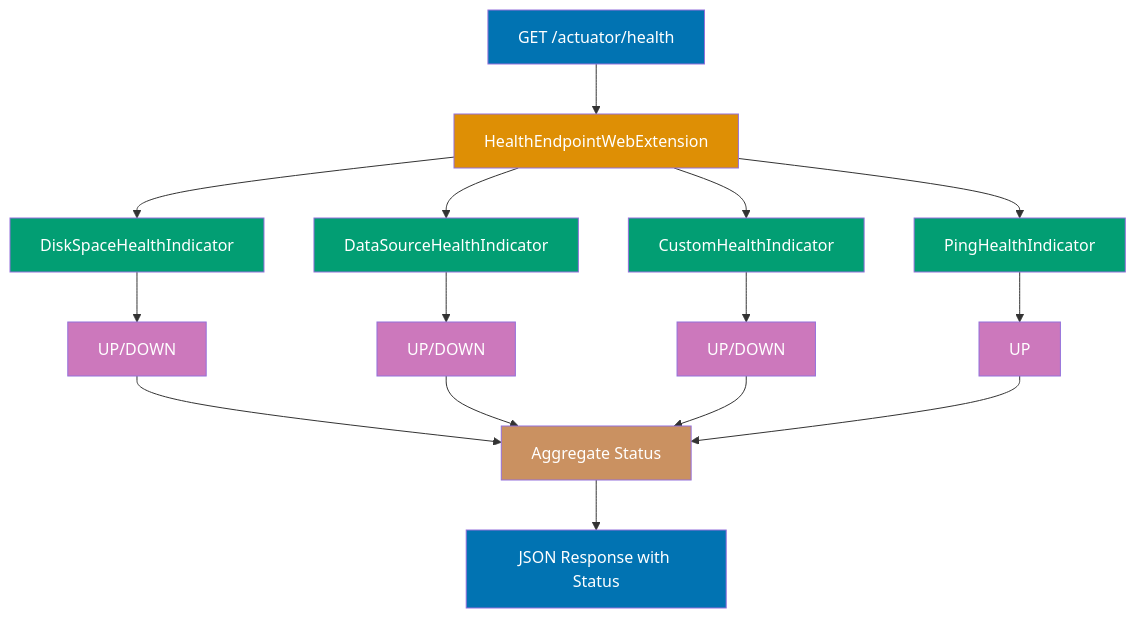
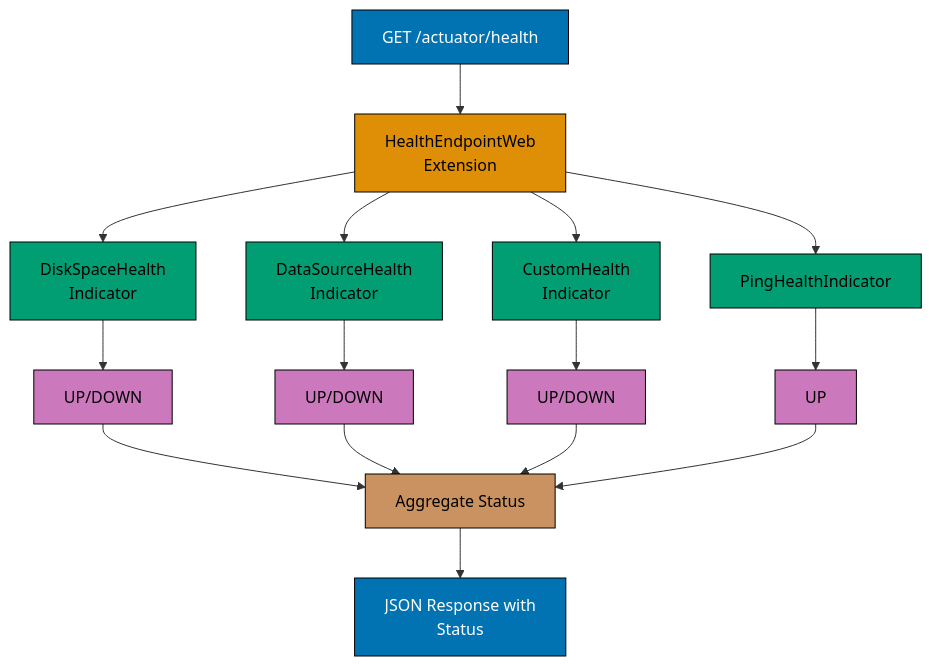
The third of 13 diagrams in apps/ayokoding-www/content/en/learn/legacy/software-engineering/platforms/web/tools/jvm-spring-boot/by-example/advanced.md (wahidyankf/ose-public), drawn with Mermaid before and after one commit. The commit also changed other lines of this file and 130 other files, not shown here.

First line of the commit message:
fix(mermaid): bring the legacy platforms diagrams onto the accessible palette

````diff
--- a/apps/ayokoding-www/content/en/learn/legacy/software-engineering/platforms/web/tools/jvm-spring-boot/by-example/advanced.md
+++ b/apps/ayokoding-www/content/en/learn/legacy/software-engineering/platforms/web/tools/jvm-spring-boot/by-example/advanced.md
@@ -913,31 +929,39 @@
 ```mermaid
 %% Color Palette: Blue #0173B2, Orange #DE8F05, Teal #029E73, Purple #CC78BC, Brown #CA9161
 graph TD
-    Request["GET /actuator/health"] --> Aggregator["HealthEndpointWebExtension"]
-    Aggregator --> Disk["DiskSpaceHealthIndicator"]
-    Aggregator --> DB["DataSourceHealthIndicator"]
-    Aggregator --> Custom["CustomHealthIndicator"]
+    accTitle: Example 45: Spring Boot Actuator - Health & Metrics
+    accDescr: Graph with 12 nodes and 14 connections. Nodes: GET /actuator/health, HealthEndpointWeb Extension, DiskSpaceHealth Indicator, DataSourceHealth Indicator, CustomHealth Indicator, PingHealthIndicator, UP/DOWN, UP/DOWN, UP/DOWN, UP, Aggregate Status, JSON Response with Status. Connections: GET /actuator/health to HealthEndpointWeb Extension, HealthEndpointWeb Extension to DiskSpaceHealth Indicator, HealthEndpointWeb Extension to DataSourceHealth Indicator, HealthEndpointWeb Extension to CustomHealth Indicator, HealthEndpointWeb Extension to PingHealthIndicator, DiskSpaceHealth Indicator to UP/DOWN, DataSourceHealth Indicator to UP/DOWN, CustomHealth Indicator to UP/DOWN, PingHealthIndicator to UP, UP/DOWN to Aggregate Status, UP/DOWN to Aggregate Status, UP/DOWN to Aggregate Status, and 2 more.
+    Request["GET /actuator/health"] --> Aggregator["HealthEndpointWeb<br/>Extension"]
+    Aggregator --> Disk["DiskSpaceHealth<br/>Indicator"]
+    Aggregator --> DB["DataSourceHealth<br/>Indicator"]
+    Aggregator --> Custom["CustomHealth<br/>Indicator"]
     Aggregator --> Ping["PingHealthIndicator"]
     Disk --> Status1["UP/DOWN"]
     DB --> Status2["UP/DOWN"]
     Custom --> Status3["UP/DOWN"]
     Ping --> Status4["UP"]
     Status1 --> Combine["Aggregate Status"]
     Status2 --> Combine
     Status3 --> Combine
     Status4 --> Combine
-    Combine --> Response["JSON Response with Status"]
+    Combine --> Response["JSON Response with<br/>Status"]
 
-    style Request fill:#0173B2,color:#fff
-    style Aggregator fill:#DE8F05,color:#fff
-    style Disk fill:#029E73,color:#fff
-    style DB fill:#029E73,color:#fff
-    style Custom fill:#029E73,color:#fff
-    style Ping fill:#029E73,color:#fff
-    style Status1 fill:#CC78BC,color:#fff
-    style Status2 fill:#CC78BC,color:#fff
-    style Status3 fill:#CC78BC,color:#fff
-    style Status4 fill:#CC78BC,color:#fff
-    style Combine fill:#CA9161,color:#fff
-    style Response fill:#0173B2,color:#fff
+    classDef pal-0173B2 fill:#0173B2,stroke:#000000,color:#FFFFFF
+    class Request pal-0173B2
+    classDef pal-DE8F05 fill:#DE8F05,stroke:#000000,color:#000000
+    class Aggregator pal-DE8F05
+    classDef pal-029E73 fill:#029E73,stroke:#000000,color:#000000
+    class Disk pal-029E73
+    class DB pal-029E73
+    class Custom pal-029E73
+    class Ping pal-029E73
+    classDef pal-CC78BC fill:#CC78BC,stroke:#000000,color:#000000
+    class Status1 pal-CC78BC
+    class Status2 pal-CC78BC
+    class Status3 pal-CC78BC
+    class Status4 pal-CC78BC
+    classDef pal-CA9161 fill:#CA9161,stroke:#000000,color:#000000
+    class Combine pal-CA9161
+    class Response pal-0173B2
+    classDef default fill:#FFFFFF,stroke:#000000,color:#000000
 ```
````
